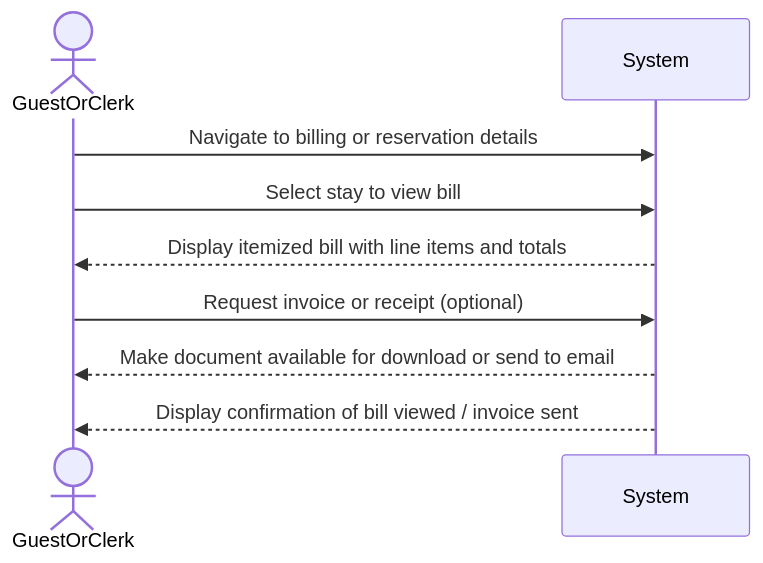
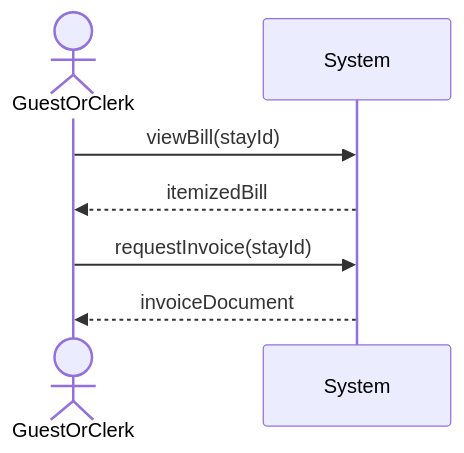
One commit to JaceYar/Software1-Proj changed the diagram in Documentation/User-Cases/ViewOrRequestBill.md. Above: the diagram before and after it, drawn with Mermaid. The commit also changed 18 other files, not shown here.

````diff
--- a/Documentation/User-Cases/ViewOrRequestBill.md
+++ b/Documentation/User-Cases/ViewOrRequestBill.md
@@ -11,12 +11,10 @@
 ```mermaid
 sequenceDiagram
     actor GuestOrClerk
     participant System
 
-    GuestOrClerk->>System: Navigate to billing or reservation details
-    GuestOrClerk->>System: Select stay to view bill
-    System-->>GuestOrClerk: Display itemized bill with line items and totals
-    GuestOrClerk->>System: Request invoice or receipt (optional)
-    System-->>GuestOrClerk: Make document available for download or send to email
-    System-->>GuestOrClerk: Display confirmation of bill viewed / invoice sent
+    GuestOrClerk->>System: viewBill(stayId)
+    System-->>GuestOrClerk: itemizedBill
+    GuestOrClerk->>System: requestInvoice(stayId)
+    System-->>GuestOrClerk: invoiceDocument
 ```
````
